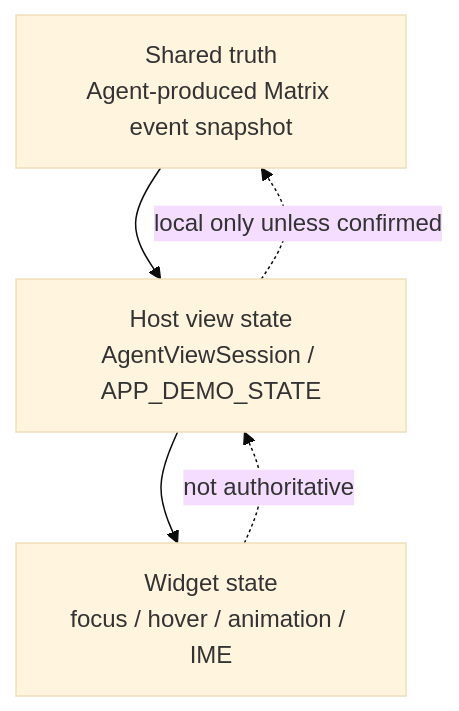
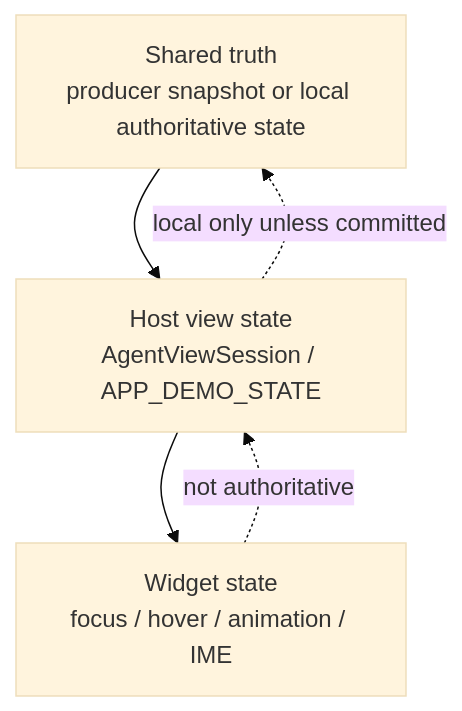
The first of 2 diagrams in examples/aichat/specs/agent2app-book-en/src/05-state-model.md (ZhangHanDong/makepad), drawn with Mermaid (base theme) before and after one commit. The commit also changed other lines of this file and 37 other files, not shown here.

````diff
--- a/examples/aichat/specs/agent2app-book-en/src/05-state-model.md
+++ b/examples/aichat/specs/agent2app-book-en/src/05-state-model.md
@@ -5,12 +5,12 @@
 ```mermaid
 flowchart TB
-    ST[Shared truth<br/>Agent-produced Matrix event snapshot]
+    ST[Shared truth<br/>producer snapshot or local authoritative state]
     HS[Host view state<br/>AgentViewSession / APP_DEMO_STATE]
     WS[Widget state<br/>focus / hover / animation / IME]
 
     ST --> HS
     HS --> WS
 
     WS -. not authoritative .-> HS
-    HS -. local only unless confirmed .-> ST
+    HS -. local only unless committed .-> ST
 ```
````
